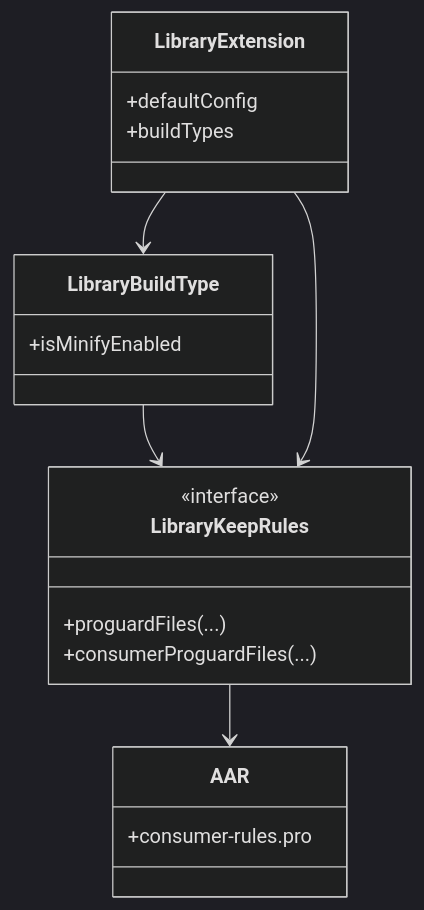
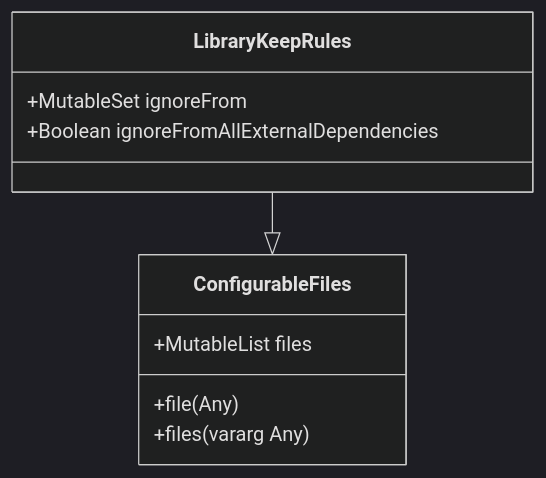
Before and after one commit to Carrie-L/carrie-l.github.io: the third of 3 diagrams in AndroidDeveloperGuideStory/Contents/vol21/21.1.154 图书馆保管规则.md, drawn with Mermaid (dark theme). The commit also changed other lines of this file, not shown here.

Commit message:
feat(chapter-21.1.154): complete library keep rules chapter

````diff
--- a/AndroidDeveloperGuideStory/Contents/vol21/21.1.154 图书馆保管规则.md
+++ b/AndroidDeveloperGuideStory/Contents/vol21/21.1.154 图书馆保管规则.md
@@ -349,23 +481,13 @@
 ```mermaid
 classDiagram
-    class LibraryExtension {
-      +defaultConfig
-      +buildTypes
-    }
-    class LibraryKeepRules {
-      <<interface>>
-      +proguardFiles(...)
-      +consumerProguardFiles(...)
-    }
-    class LibraryBuildType {
-      +isMinifyEnabled
-    }
-    class AAR {
-      +consumer-rules.pro
-    }
-
-    LibraryExtension --> LibraryBuildType
-    LibraryBuildType --> LibraryKeepRules
-    LibraryExtension --> LibraryKeepRules
-    LibraryKeepRules --> AAR
+class LibraryKeepRules {
+  +MutableSet<String> ignoreFrom
+  +Boolean ignoreFromAllExternalDependencies
+}
+class ConfigurableFiles {
+  +file(Any)
+  +files(vararg Any)
+  +MutableList<File> files
+}
+LibraryKeepRules --|> ConfigurableFiles
 ```
````
